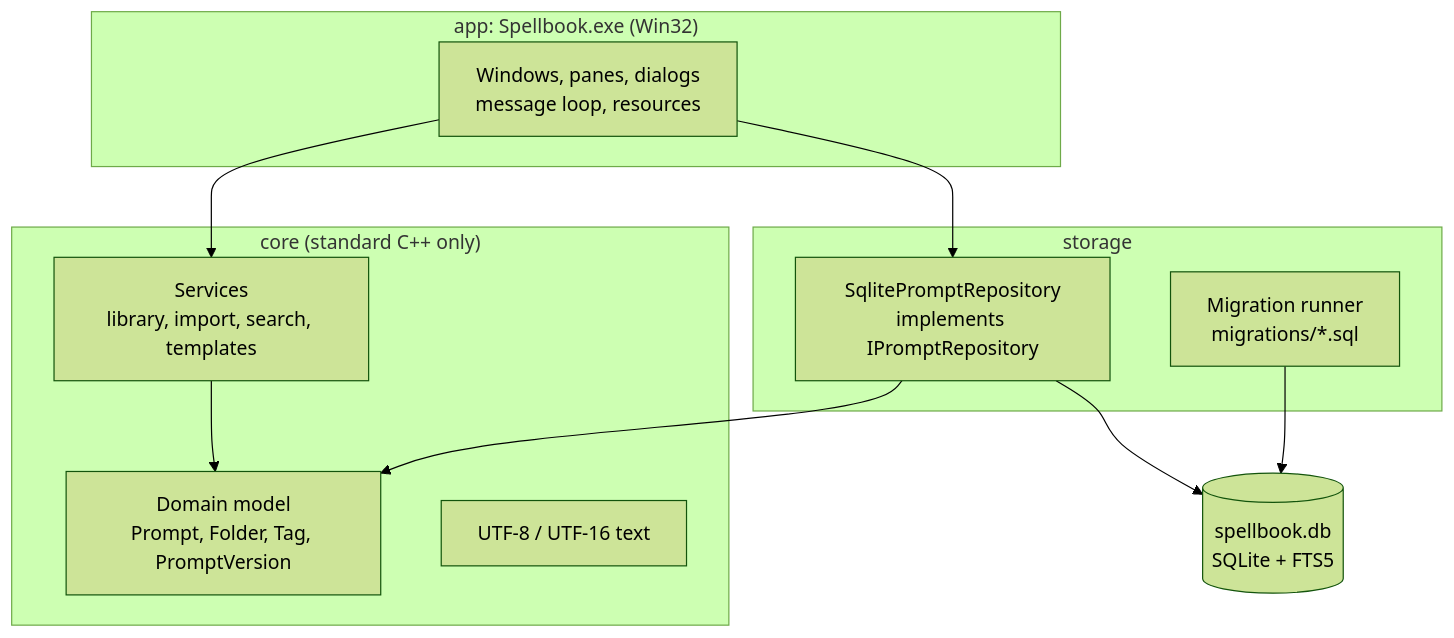
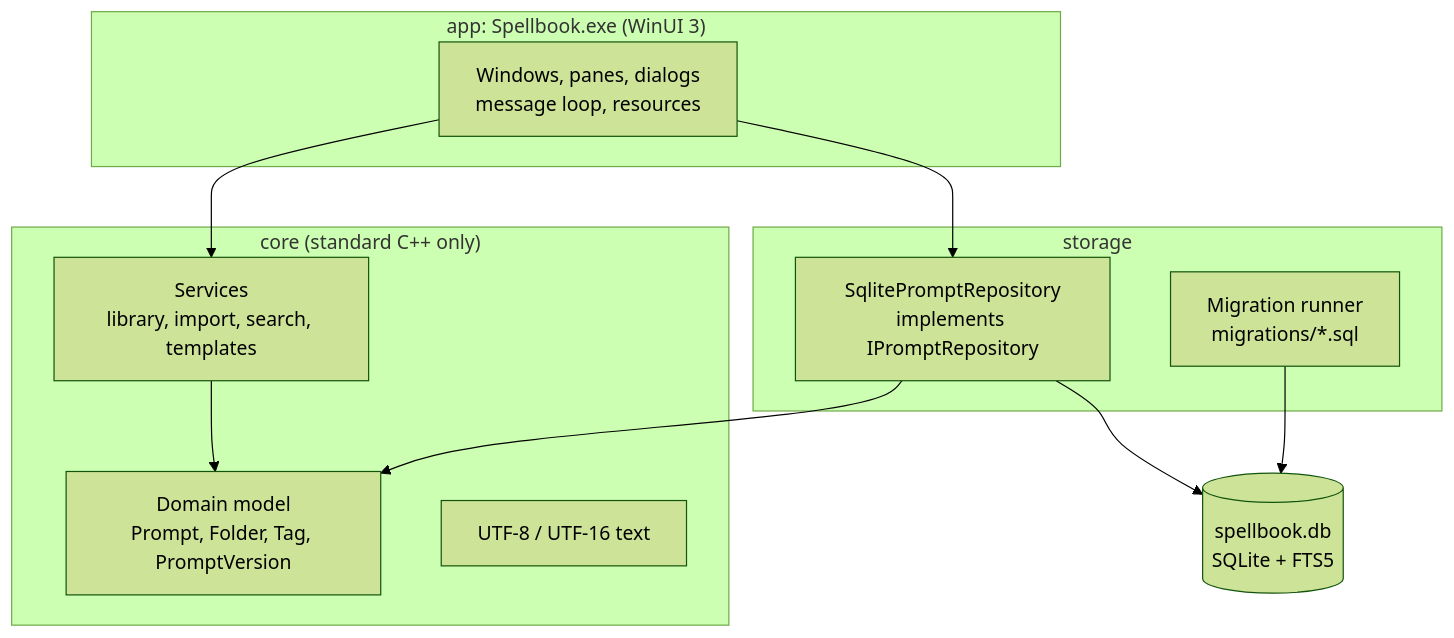
Before and after one commit to rizonesoft/Spellbook: the diagram in README.md, drawn with Mermaid (forest theme). The commit also changed other lines of this file and 38 other files, not shown here.

````diff
--- a/README.md
+++ b/README.md
@@ -166,22 +166,22 @@
 ```mermaid
 flowchart TB
-    subgraph app["app: Spellbook.exe (Win32)"]
+    subgraph app["app: Spellbook.exe (WinUI 3)"]
         win["Windows, panes, dialogs<br/>message loop, resources"]
     end
     subgraph storage["storage"]
         repo["SqlitePromptRepository<br/>implements IPromptRepository"]
         mig["Migration runner<br/>migrations/*.sql"]
     end
     subgraph core["core (standard C++ only)"]
         dom["Domain model<br/>Prompt, Folder, Tag, PromptVersion"]
         svc["Services<br/>library, import, search, templates"]
         txt["UTF-8 / UTF-16 text"]
     end
     db[("spellbook.db<br/>SQLite + FTS5")]
     win --> svc
     win --> repo
     svc --> dom
     repo --> dom
     repo --> db
     mig --> db
 ```
````
